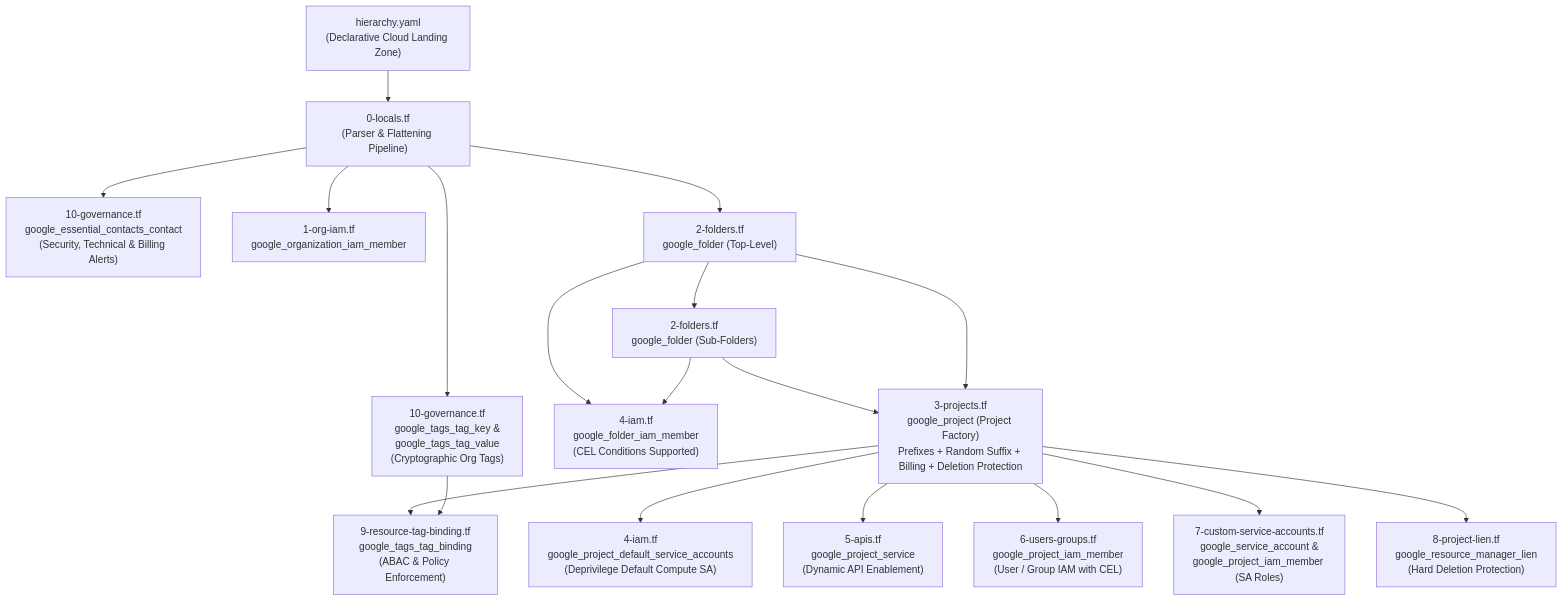
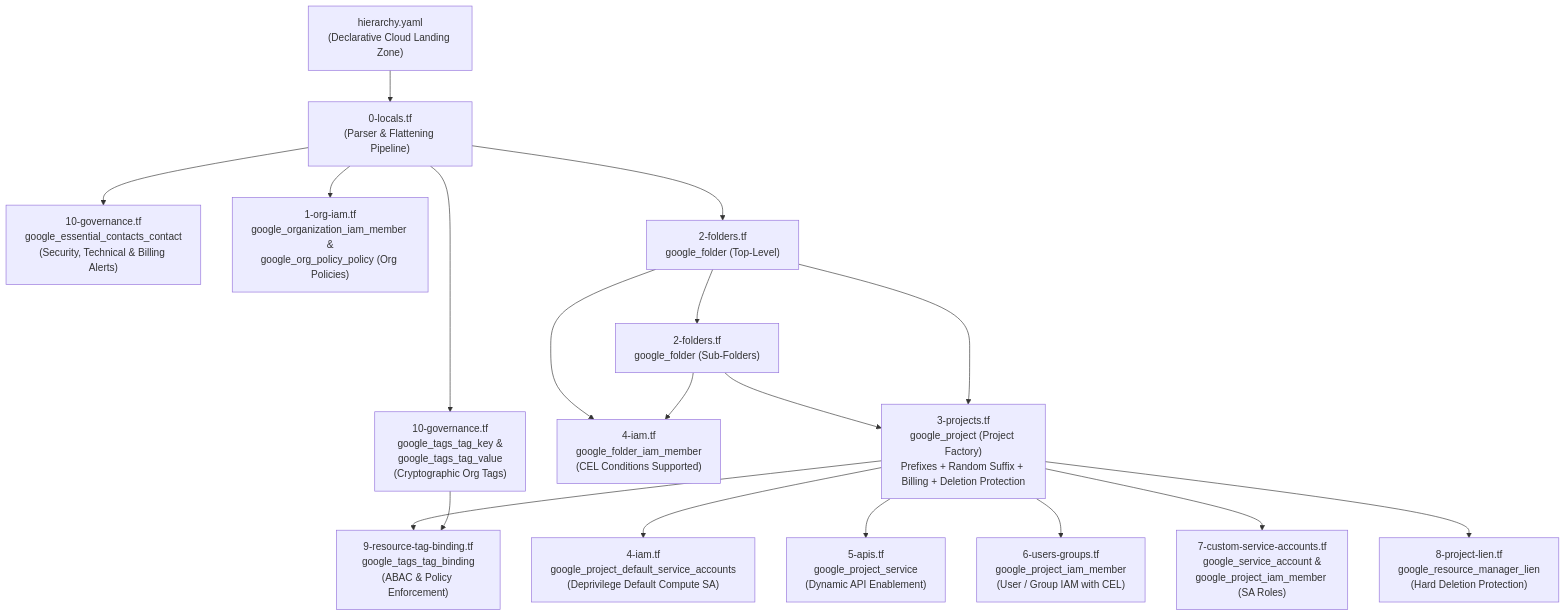
One commit to yuva-cloud-devops/gcp-terraform-custom-modules changed the first of 2 diagrams in foundation-infrastructure/README.md. Above: the diagram before and after it, drawn with Mermaid. The commit also changed other lines of this file and 7 other files, not shown here.

````diff
--- a/foundation-infrastructure/README.md
+++ b/foundation-infrastructure/README.md
@@ -14,25 +14,25 @@
 ```mermaid
 flowchart TD
     YAML["hierarchy.yaml<br/>(Declarative Cloud Landing Zone)"] --> Locals["0-locals.tf<br/>(Parser & Flattening Pipeline)"]
 
     Locals --> Contacts["10-governance.tf<br/>google_essential_contacts_contact<br/>(Security, Technical & Billing Alerts)"]
     Locals --> Tags["10-governance.tf<br/>google_tags_tag_key &<br/>google_tags_tag_value<br/>(Cryptographic Org Tags)"]
 
-    Locals --> OrgIAM["1-org-iam.tf<br/>google_organization_iam_member"]
+    Locals --> OrgIAM["1-org-iam.tf<br/>google_organization_iam_member &<br/>google_org_policy_policy (Org Policies)"]
     Locals --> TopFolders["2-folders.tf<br/>google_folder (Top-Level)"]
     TopFolders --> SubFolders["2-folders.tf<br/>google_folder (Sub-Folders)"]
 
     TopFolders --> FolderIAM["4-iam.tf<br/>google_folder_iam_member<br/>(CEL Conditions Supported)"]
     SubFolders --> FolderIAM
 
     SubFolders --> Projects["3-projects.tf<br/>google_project (Project Factory)<br/>Prefixes + Random Suffix + Billing + Deletion Protection"]
     TopFolders --> Projects
 
     Projects --> Security["4-iam.tf<br/>google_project_default_service_accounts<br/>(Deprivilege Default Compute SA)"]
     Projects --> APIs["5-apis.tf<br/>google_project_service<br/>(Dynamic API Enablement)"]
     Projects --> ProjectIAM["6-users-groups.tf<br/>google_project_iam_member<br/>(User / Group IAM with CEL)"]
     Projects --> WorkloadSA["7-custom-service-accounts.tf<br/>google_service_account &<br/>google_project_iam_member (SA Roles)"]
     Projects --> Liens["8-project-lien.tf<br/>google_resource_manager_lien<br/>(Hard Deletion Protection)"]
     Projects --> TagBindings["9-resource-tag-binding.tf<br/>google_tags_tag_binding<br/>(ABAC & Policy Enforcement)"]
     Tags --> TagBindings
 ```
````
